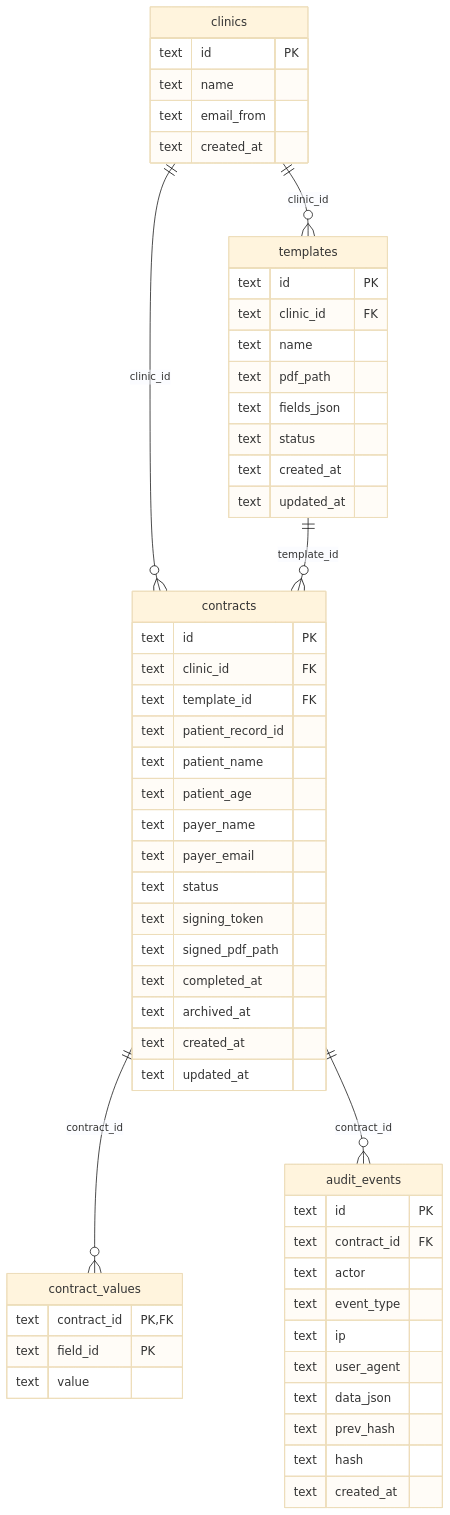
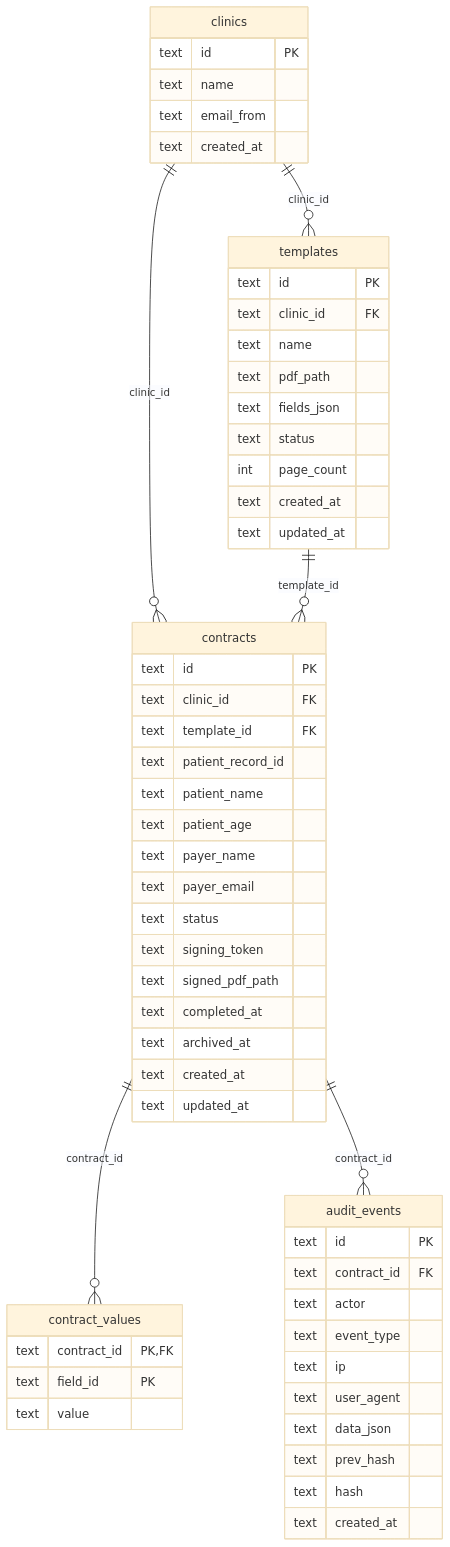
One commit to rmlefever/clinic-contracts changed the diagram in docs/technical-overview.md. Above: the diagram before and after it, drawn with Mermaid (base theme). The commit also changed other lines of this file and 9 other files, not shown here.

````diff
--- a/docs/technical-overview.md
+++ b/docs/technical-overview.md
@@ -152,63 +161,64 @@
 ```mermaid
 erDiagram
   clinics ||--o{ templates : "clinic_id"
   clinics ||--o{ contracts : "clinic_id"
   templates ||--o{ contracts : "template_id"
   contracts ||--o{ contract_values : "contract_id"
   contracts ||--o{ audit_events : "contract_id"
 
   clinics {
     text id PK
     text name
     text email_from
     text created_at
   }
 
   templates {
     text id PK
     text clinic_id FK
     text name
     text pdf_path
     text fields_json
     text status
+    int page_count
     text created_at
     text updated_at
   }
 
   contracts {
     text id PK
     text clinic_id FK
     text template_id FK
     text patient_record_id
     text patient_name
     text patient_age
     text payer_name
     text payer_email
     text status
     text signing_token
     text signed_pdf_path
     text completed_at
     text archived_at
     text created_at
     text updated_at
   }
 
   contract_values {
     text contract_id PK,FK
     text field_id PK
     text value
   }
 
   audit_events {
     text id PK
     text contract_id FK
     text actor
     text event_type
     text ip
     text user_agent
     text data_json
     text prev_hash
     text hash
     text created_at
   }
 ```
````
